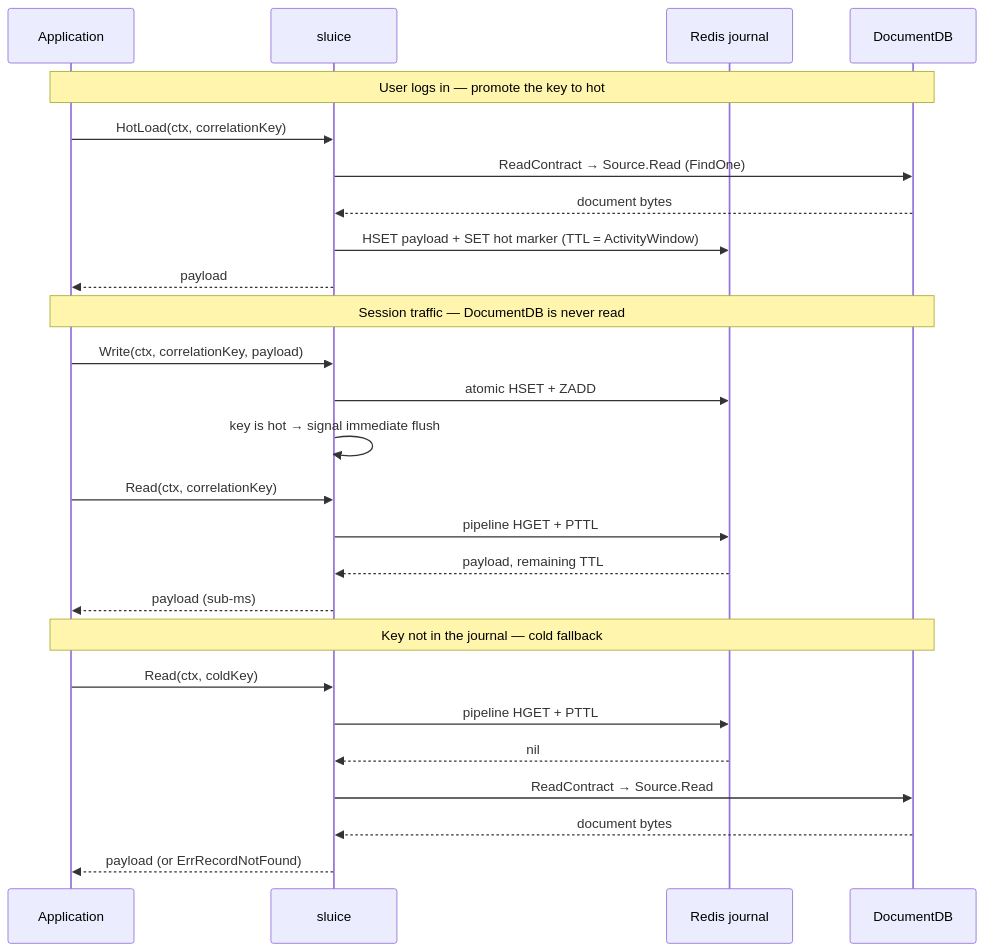
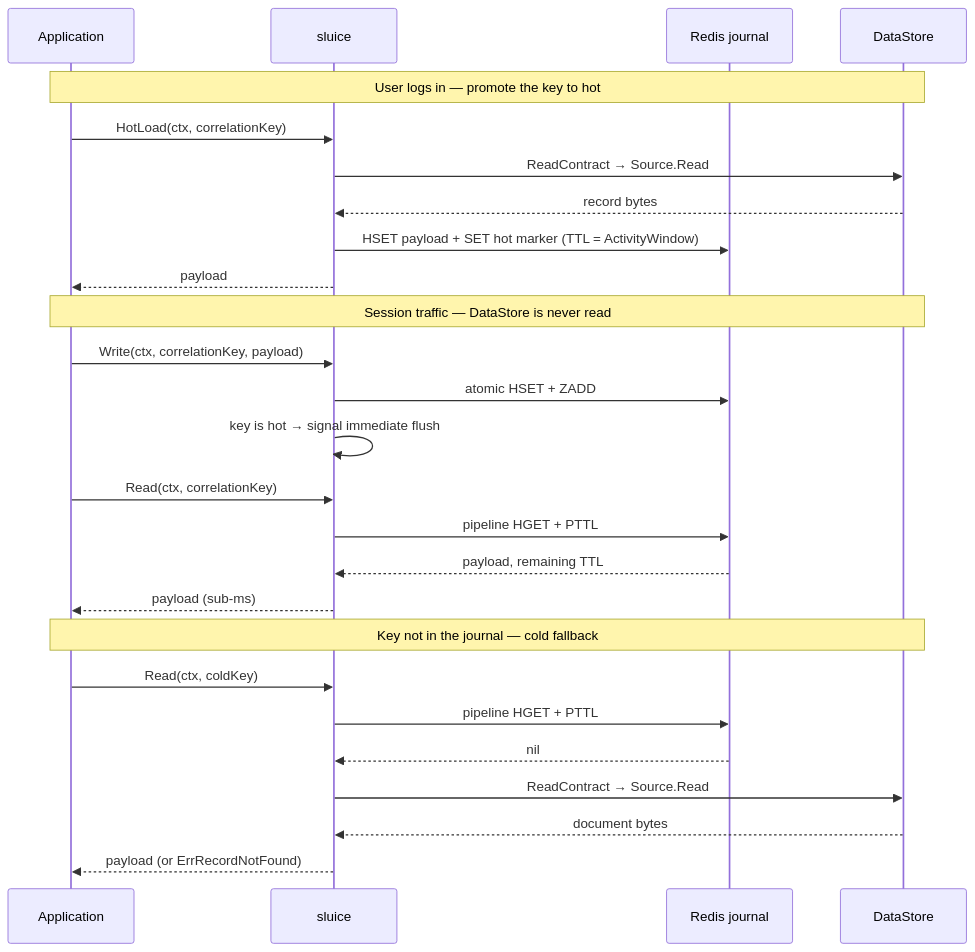
One commit to hussainpithawala/sluice-go changed the seventh of 15 diagrams in README.md. Above: the diagram before and after it, drawn with Mermaid. The commit also changed other lines of this file and 1 other file, not shown here.

````diff
--- a/README.md
+++ b/README.md
@@ -240,31 +245,31 @@
 ```mermaid
 sequenceDiagram
     participant A as Application
     participant S as sluice
     participant R as Redis journal
-    participant D as DocumentDB
+    participant D as DataStore
 
     Note over A,D: User logs in — promote the key to hot
     A->>S: HotLoad(ctx, correlationKey)
-    S->>D: ReadContract → Source.Read (FindOne)
-    D-->>S: document bytes
+    S->>D: ReadContract → Source.Read
+    D-->>S: record bytes
     S->>R: HSET payload + SET hot marker (TTL = ActivityWindow)
     S-->>A: payload
 
-    Note over A,D: Session traffic — DocumentDB is never read
+    Note over A,D: Session traffic — DataStore is never read
     A->>S: Write(ctx, correlationKey, payload)
     S->>R: atomic HSET + ZADD
     S->>S: key is hot → signal immediate flush
     A->>S: Read(ctx, correlationKey)
     S->>R: pipeline HGET + PTTL
     R-->>S: payload, remaining TTL
     S-->>A: payload (sub-ms)
 
     Note over A,D: Key not in the journal — cold fallback
     A->>S: Read(ctx, coldKey)
     S->>R: pipeline HGET + PTTL
     R-->>S: nil
     S->>D: ReadContract → Source.Read
     D-->>S: document bytes
     S-->>A: payload (or ErrRecordNotFound)
 ```
````
